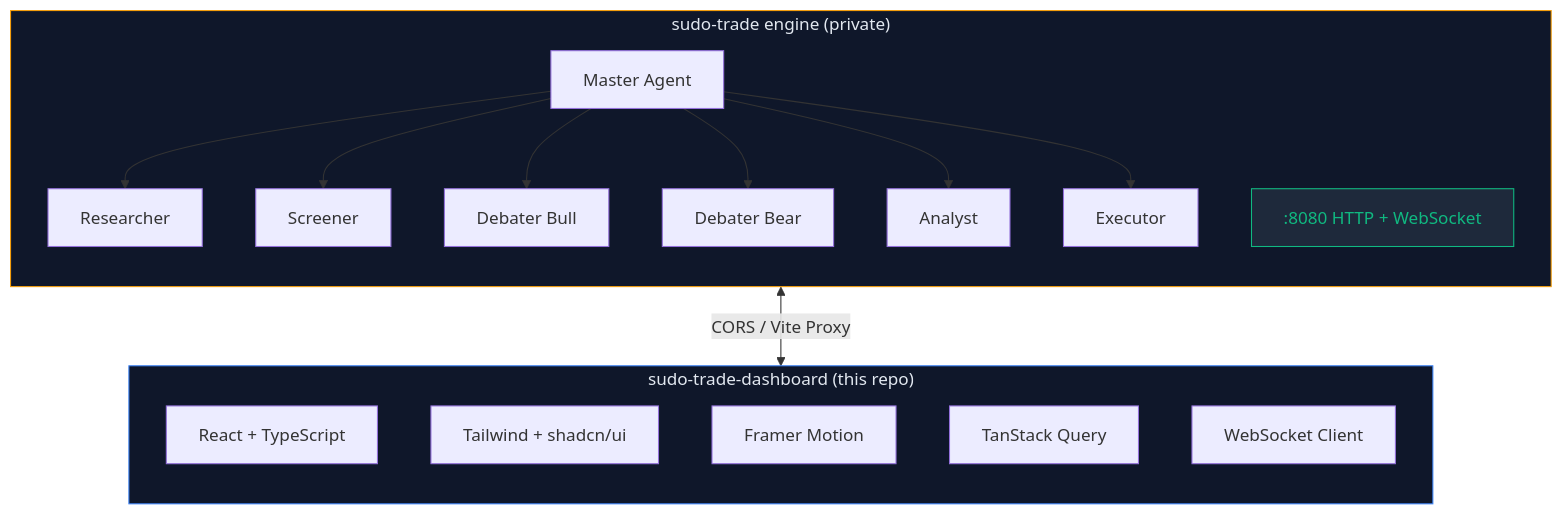
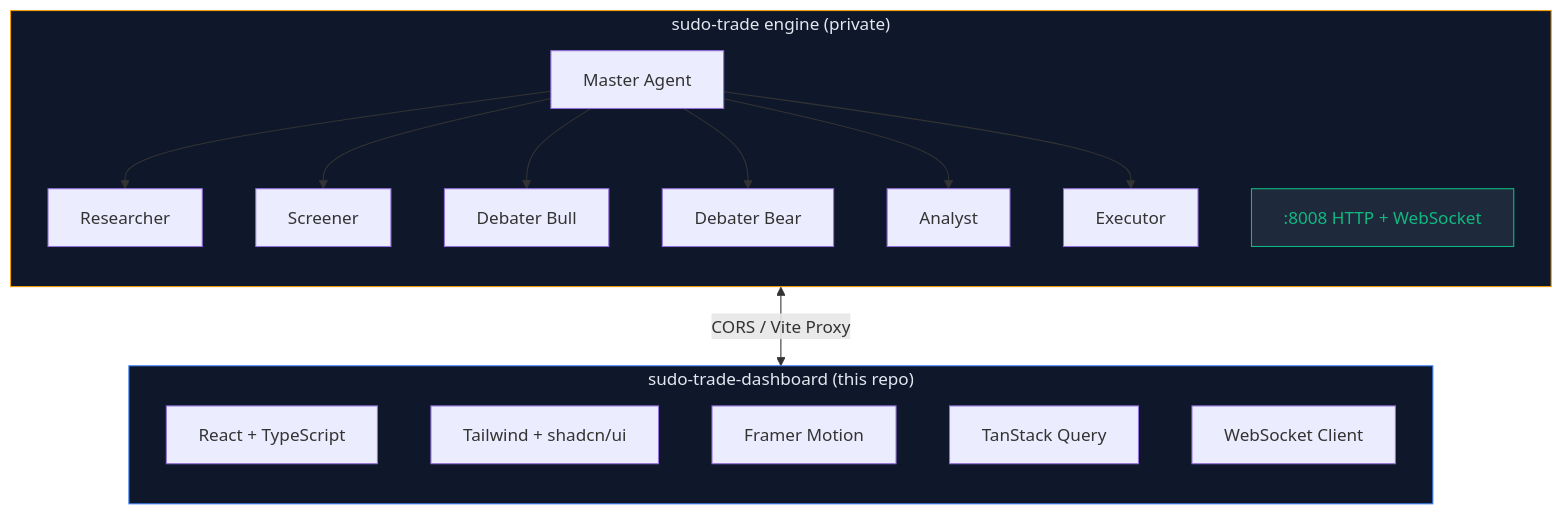
The third of 4 diagrams in README.md (myselfshravan/sudo-trade-dashboard), drawn with Mermaid before and after one commit. The commit also changed other lines of this file, not shown here.

Commit message:
fix: update API port in README from 8080 to 8008

````diff
--- a/README.md
+++ b/README.md
@@ -150,28 +150,28 @@
 ```mermaid
 graph TB
     subgraph Engine["sudo-trade engine (private)"]
         direction TB
         M[Master Agent] --> R[Researcher]
         M --> S[Screener]
         M --> DB[Debater Bull]
         M --> DBR[Debater Bear]
         M --> AN[Analyst]
         M --> EX[Executor]
-        API[":8080 HTTP + WebSocket"]
+        API[":8008 HTTP + WebSocket"]
     end
 
     subgraph Dashboard["sudo-trade-dashboard (this repo)"]
         direction TB
         RC[React + TypeScript]
         TW[Tailwind + shadcn/ui]
         FM[Framer Motion]
         TQ[TanStack Query]
         WS[WebSocket Client]
     end
 
     API <-->|CORS / Vite Proxy| WS
 
     style Engine fill:#0f172a,stroke:#f59e0b,color:#e2e8f0
     style Dashboard fill:#0f172a,stroke:#3b82f6,color:#e2e8f0
     style API fill:#1e293b,stroke:#10b981,color:#10b981
 ```
````
